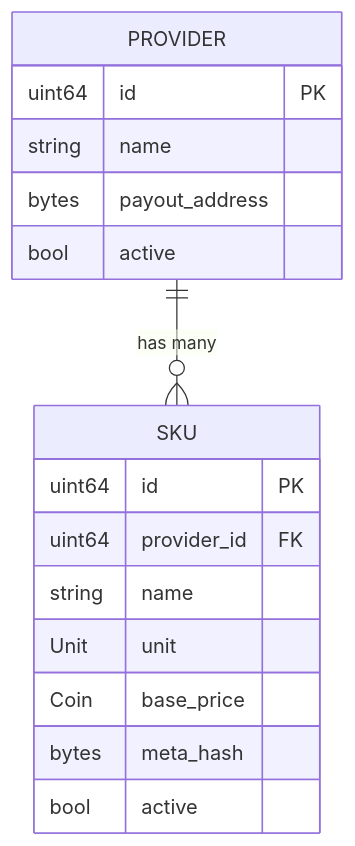
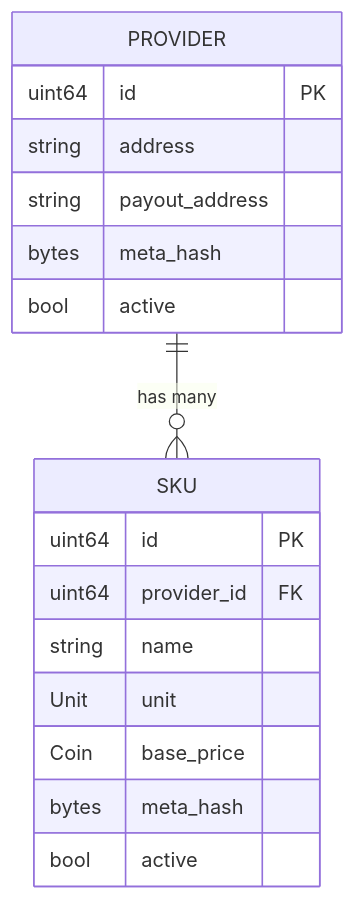
One commit to manifest-network/manifest-ledger changed the second of 6 diagrams in x/sku/docs/ARCHITECTURE.md. Above: the diagram before and after it, drawn with Mermaid. The commit also changed other lines of this file and 2 other files, not shown here.

````diff
--- a/x/sku/docs/ARCHITECTURE.md
+++ b/x/sku/docs/ARCHITECTURE.md
@@ -30,19 +30,20 @@
 ```mermaid
 erDiagram
     PROVIDER ||--o{ SKU : "has many"
     PROVIDER {
         uint64 id PK
-        string name
-        bytes payout_address
+        string address
+        string payout_address
+        bytes meta_hash
         bool active
     }
     SKU {
         uint64 id PK
         uint64 provider_id FK
         string name
         Unit unit
         Coin base_price
         bytes meta_hash
         bool active
     }
 ```
````
